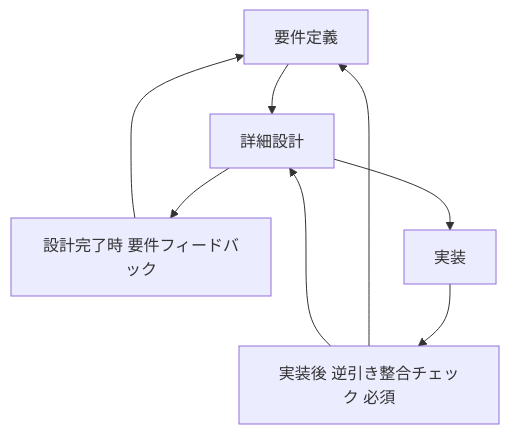
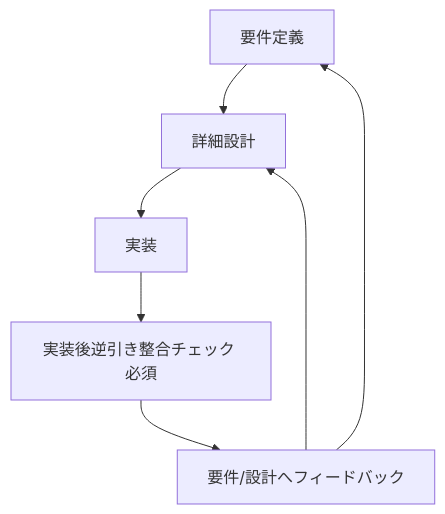
Before and after one commit to notfolder/isdd: the first of 3 diagrams in isdd-change-candidates-review.md, drawn with Mermaid. The commit also changed other lines of this file, not shown here.

````diff
--- a/isdd-change-candidates-review.md
+++ b/isdd-change-candidates-review.md
@@ -163,10 +187,9 @@
 ```mermaid
 graph TD
     REQ[要件定義] --> DES[詳細設計]
-    DES --> DESFB[設計完了時 要件フィードバック]
-    DESFB --> REQ
     DES --> COD[実装]
-    COD --> IMPLFB[実装後 逆引き整合チェック 必須]
-    IMPLFB --> REQ
-    IMPLFB --> DES
+    COD --> POST[実装後逆引き整合チェック 必須]
+    POST --> FB[要件/設計へフィードバック]
+    FB --> REQ
+    FB --> DES
 ```
````
